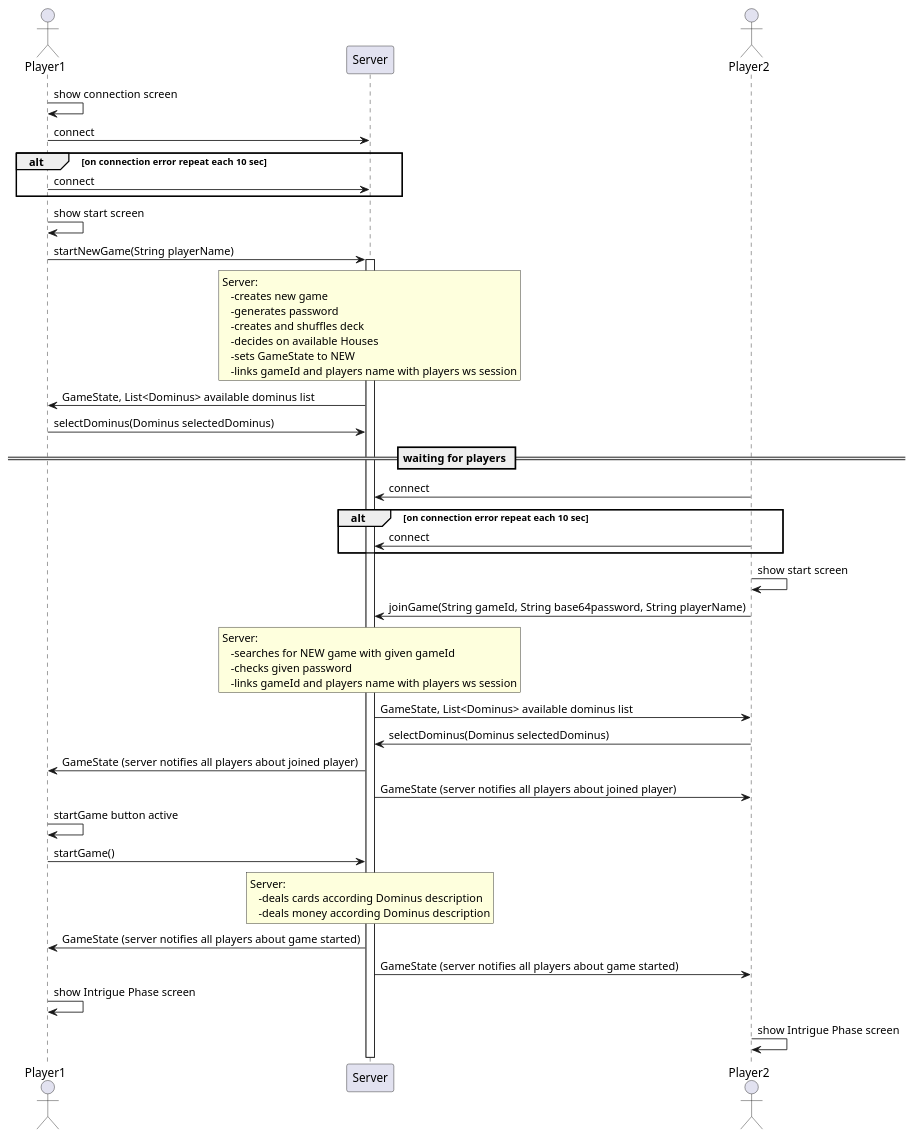
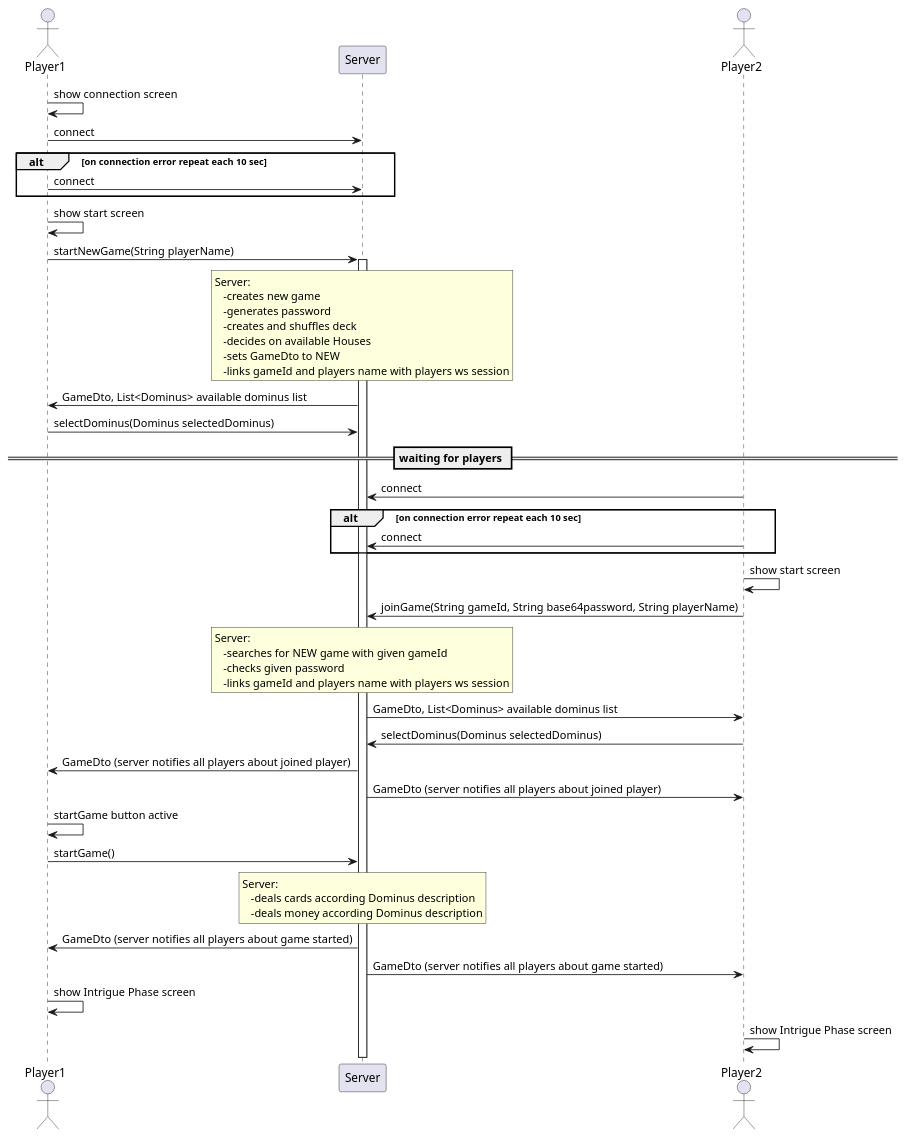
The diagram in Docs/StartGameSequenceDiagram.puml (v-bodnar/Spartaaa), drawn with PlantUML before and after one commit. The commit also changed 7 other files, not shown here.

Commit message:
Intrigue Sequence Diagram finished

```diff
--- a/Docs/StartGameSequenceDiagram.puml
+++ b/Docs/StartGameSequenceDiagram.puml
@@ -1,54 +1,54 @@
 @startuml
 actor Player1
 
 Player1 -> Player1: show connection screen
 Player1->Server: connect
 alt on connection error repeat each 10 sec
     Player1->Server: connect
 end
 Player1 -> Player1: show start screen
 
 Player1->Server: startNewGame(String playerName)
 Activate Server
 rnote over Server
  Server:
     -creates new game
     -generates password
     -creates and shuffles deck
     -decides on available Houses
-    -sets GameState to NEW
+    -sets GameDto to NEW
     -links gameId and players name with players ws session
 endrnote
-Server->Player1: GameState, List<Dominus> available dominus list
+Server->Player1: GameDto, List<Dominus> available dominus list
 Player1->Server: selectDominus(Dominus selectedDominus)
 
 == waiting for players ==
 actor Player2
 Player2->Server: connect
 alt on connection error repeat each 10 sec
     Player2->Server: connect
 end
 Player2 -> Player2: show start screen
 Player2 -> Server:joinGame(String gameId, String base64password, String playerName)
 rnote over Server
  Server:
     -searches for NEW game with given gameId
     -checks given password
     -links gameId and players name with players ws session
 endrnote
-Server -> Player2:GameState, List<Dominus> available dominus list
+Server -> Player2:GameDto, List<Dominus> available dominus list
 Player2->Server: selectDominus(Dominus selectedDominus)
-Server->Player1: GameState (server notifies all players about joined player)
-Server->Player2: GameState (server notifies all players about joined player)
+Server->Player1: GameDto (server notifies all players about joined player)
+Server->Player2: GameDto (server notifies all players about joined player)
 Player1->Player1: startGame button active
 Player1->Server: startGame()
 rnote over Server
  Server:
     -deals cards according Dominus description
     -deals money according Dominus description
 endrnote
-Server->Player1: GameState (server notifies all players about game started)
-Server->Player2: GameState (server notifies all players about game started)
+Server->Player1: GameDto (server notifies all players about game started)
+Server->Player2: GameDto (server notifies all players about game started)
 Player1->Player1: show Intrigue Phase screen
 Player2->Player2: show Intrigue Phase screen
 @enduml
```
